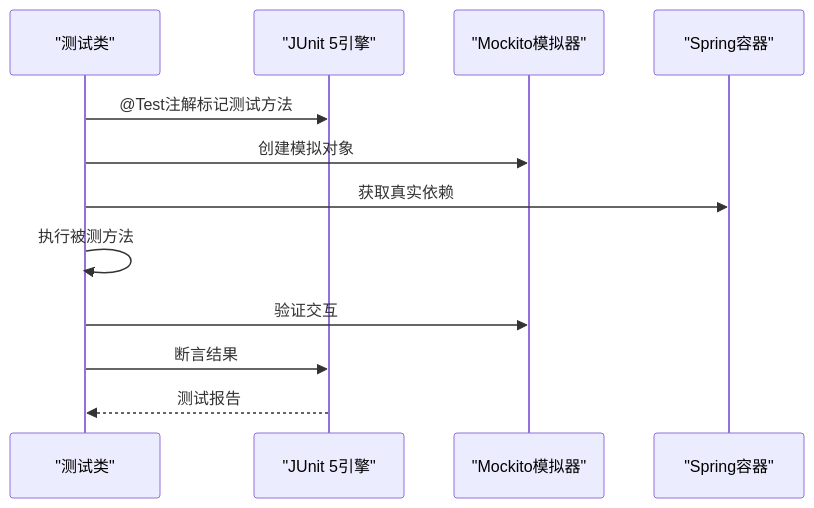
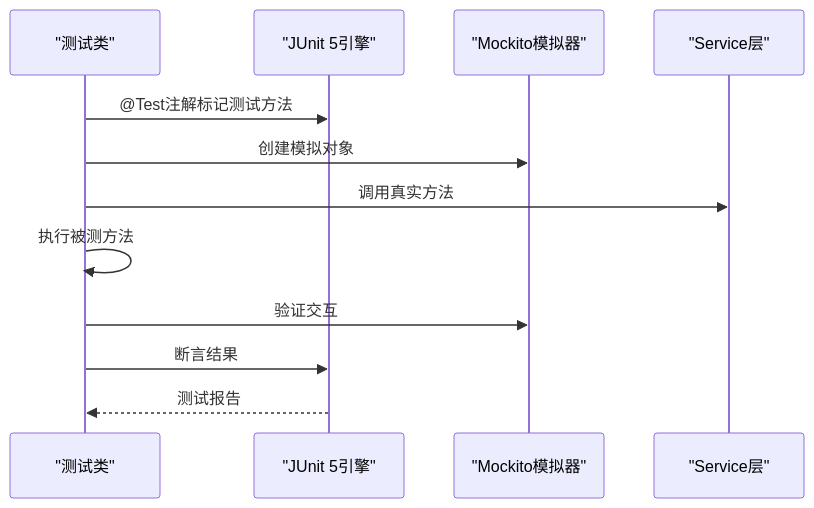
The fifth of 18 diagrams in .qoder/repowiki/zh/content/核心功能开发/测试策略.md (gree-coder/fund-butler), drawn with Mermaid before and after one commit. The commit also changed other lines of this file and 10 other files, not shown here.

````diff
--- a/.qoder/repowiki/zh/content/核心功能开发/测试策略.md
+++ b/.qoder/repowiki/zh/content/核心功能开发/测试策略.md
@@ -179,14 +228,14 @@
 ```mermaid
 sequenceDiagram
 participant Test as "测试类"
 participant JUnit as "JUnit 5引擎"
 participant Mockito as "Mockito模拟器"
-participant Spring as "Spring容器"
+participant Service as "Service层"
 Test->>JUnit : @Test注解标记测试方法
 Test->>Mockito : 创建模拟对象
-Test->>Spring : 获取真实依赖
+Test->>Service : 调用真实方法
 Test->>Test : 执行被测方法
 Test->>Mockito : 验证交互
 Test->>JUnit : 断言结果
 JUnit-->>Test : 测试报告
 ```
````
